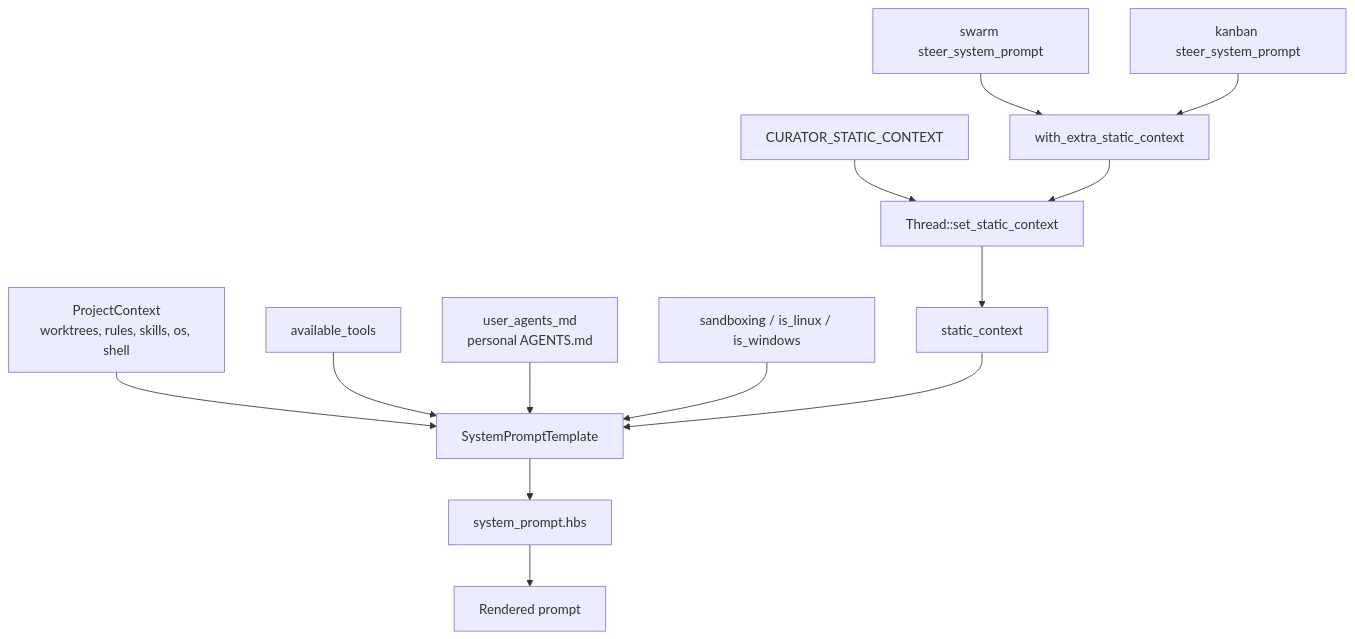
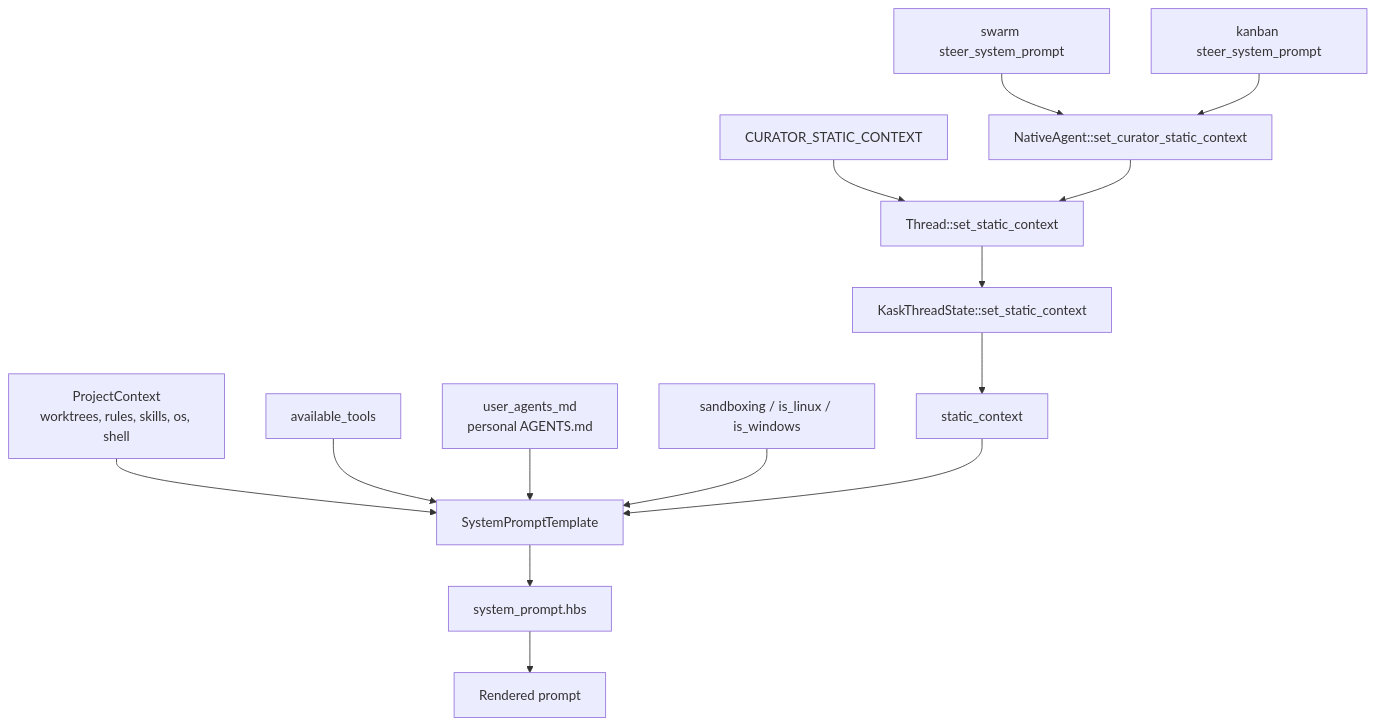
One commit to mdz-axo/zed-kask changed the diagram in kask/docs/architecture/AGENT_SYSTEM_PROMPT.md. Above: the diagram before and after it, drawn with Mermaid. The commit also changed other lines of this file and 16 other files, not shown here.

````diff
--- a/kask/docs/architecture/AGENT_SYSTEM_PROMPT.md
+++ b/kask/docs/architecture/AGENT_SYSTEM_PROMPT.md
@@ -58,17 +58,18 @@
 ```mermaid
 %% DIAG-PROMPT-001
 flowchart TD
     A[ProjectContext<br/>worktrees, rules, skills, os, shell] --> T[SystemPromptTemplate]
     B[available_tools] --> T
     C[user_agents_md<br/>personal AGENTS.md] --> T
     D[sandboxing / is_linux / is_windows] --> T
     E[static_context] --> T
     T --> R[system_prompt.hbs]
     R --> M[Rendered prompt]
 
     F[CURATOR_STATIC_CONTEXT] --> G[Thread::set_static_context]
-    H[swarm steer_system_prompt] --> I[with_extra_static_context]
+    H[swarm steer_system_prompt] --> I[NativeAgent::set_curator_static_context]
     J[kanban steer_system_prompt] --> I
     I --> G
-    G --> E
+    G --> K[KaskThreadState::set_static_context]
+    K --> E
 ```
````
